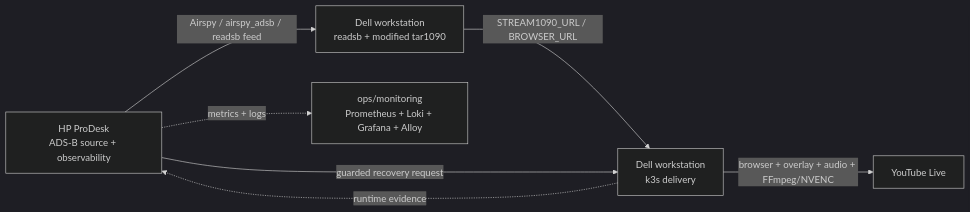
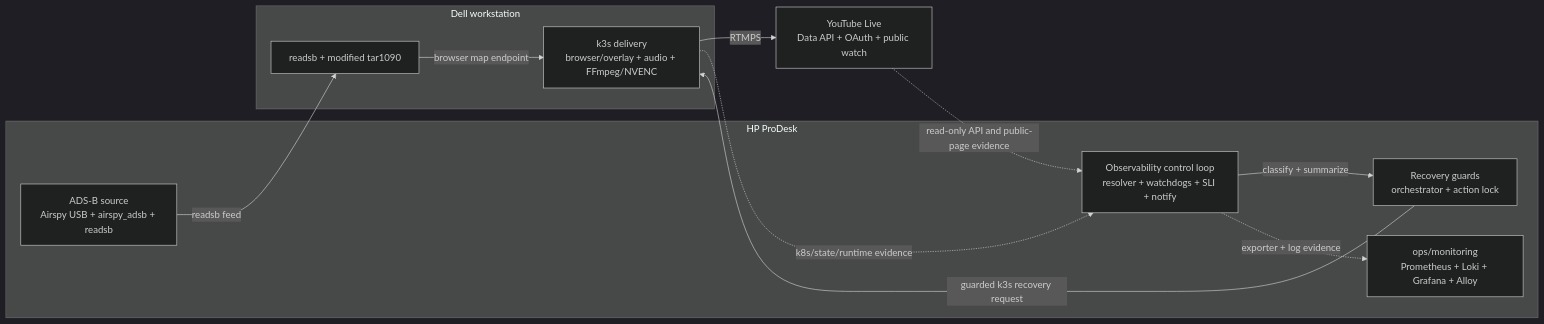
Before and after one commit to yukimurata0421/live-stream-systems-case-study: the diagram in README.md, drawn with Mermaid (dark theme). The commit also changed other lines of this file and 7 other files, not shown here.

Commit message:
docs: clarify prodesk observability role

````diff
--- a/README.md
+++ b/README.md
@@ -38,15 +40,25 @@
 ```mermaid
 flowchart LR
-    PRODESK["HP ProDesk<br/>ADS-B source + observability"]
-    DELL_MAP["Dell workstation<br/>readsb + modified tar1090"]
-    DELL_K3S["Dell workstation<br/>k3s delivery"]
-    YT["YouTube Live"]
-    OPS["ops/monitoring<br/>Prometheus + Loki + Grafana + Alloy"]
+    subgraph HP["HP ProDesk"]
+        ADSB["ADS-B source<br/>Airspy USB + airspy_adsb + readsb"]
+        MON["Observability control loop<br/>resolver + watchdogs + SLI + notify"]
+        GUARD["Recovery guards<br/>orchestrator + action lock"]
+        OPS["ops/monitoring<br/>Prometheus + Loki + Grafana + Alloy"]
+    end
 
-    PRODESK -->|Airspy / airspy_adsb / readsb feed| DELL_MAP
-    DELL_MAP -->|STREAM1090_URL / BROWSER_URL| DELL_K3S
-    DELL_K3S -->|browser + overlay + audio + FFmpeg/NVENC| YT
-    DELL_K3S -. runtime evidence .-> PRODESK
-    PRODESK -->|guarded recovery request| DELL_K3S
-    PRODESK -. metrics + logs .-> OPS
+    subgraph DELL["Dell workstation"]
+        MAP["readsb + modified tar1090"]
+        K3S["k3s delivery<br/>browser/overlay + audio + FFmpeg/NVENC"]
+    end
+
+    YT["YouTube Live<br/>Data API + OAuth + public watch"]
+
+    ADSB -->|readsb feed| MAP
+    MAP -->|browser map endpoint| K3S
+    K3S -->|RTMPS| YT
+    K3S -. k8s/state/runtime evidence .-> MON
+    YT -. read-only API and public-page evidence .-> MON
+    MON -->|classify + summarize| GUARD
+    GUARD -->|guarded k3s recovery request| K3S
+    MON -. exporter + log evidence .-> OPS
 ```
````
